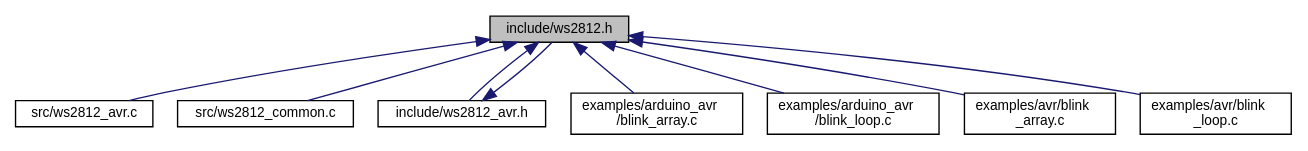
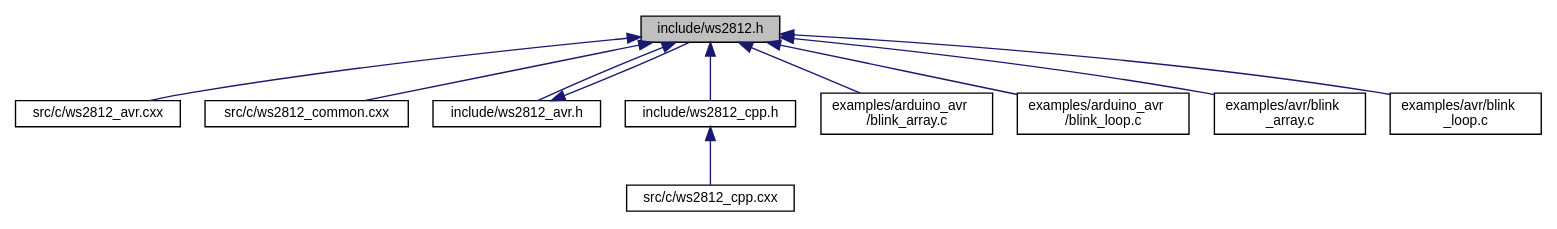
One commit to CTXz/TinyWS2812 changed the diagram in docs/ws2812_8h__dep__incl.dot. Above: the diagram before and after it, drawn with Graphviz. The commit also changed 79 other files, not shown here.

```diff
--- a/docs/ws2812_8h__dep__incl.dot
+++ b/docs/ws2812_8h__dep__incl.dot
@@ -1,22 +1,26 @@
 digraph "include/ws2812.h"
 {
  // LATEX_PDF_SIZE
   edge [fontname="Helvetica",fontsize="10",labelfontname="Helvetica",labelfontsize="10"];
   node [fontname="Helvetica",fontsize="10",shape=record];
   Node1 [label="include/ws2812.h",height=0.2,width=0.4,color="black", fillcolor="grey75", style="filled", fontcolor="black",tooltip="Exposes the Tiny-WS2812 library interface."];
   Node1 -> Node2 [dir="back",color="midnightblue",fontsize="10",style="solid",fontname="Helvetica"];
-  Node2 [label="src/ws2812_avr.c",height=0.2,width=0.4,color="black", fillcolor="white", style="filled",URL="$ws2812__avr_8c.html",tooltip="Driver code for AVR chips."];
+  Node2 [label="src/c/ws2812_avr.cxx",height=0.2,width=0.4,color="black", fillcolor="white", style="filled",URL="$ws2812__avr_8cxx_source.html",tooltip=" "];
   Node1 -> Node3 [dir="back",color="midnightblue",fontsize="10",style="solid",fontname="Helvetica"];
-  Node3 [label="src/ws2812_common.c",height=0.2,width=0.4,color="black", fillcolor="white", style="filled",URL="$ws2812__common_8c.html",tooltip="Common code shared accross all supported platforms."];
+  Node3 [label="src/c/ws2812_common.cxx",height=0.2,width=0.4,color="black", fillcolor="white", style="filled",URL="$ws2812__common_8cxx_source.html",tooltip=" "];
   Node1 -> Node4 [dir="back",color="midnightblue",fontsize="10",style="solid",fontname="Helvetica"];
   Node4 [label="include/ws2812_avr.h",height=0.2,width=0.4,color="black", fillcolor="white", style="filled",URL="$ws2812__avr_8h.html",tooltip="Provides AVR platform specific definitions."];
   Node4 -> Node1 [dir="back",color="midnightblue",fontsize="10",style="solid",fontname="Helvetica"];
   Node1 -> Node5 [dir="back",color="midnightblue",fontsize="10",style="solid",fontname="Helvetica"];
-  Node5 [label="examples/arduino_avr\l/blink_array.c",height=0.2,width=0.4,color="black", fillcolor="white", style="filled",URL="$arduino__avr_2blink__array_8c.html",tooltip="Blinks one or more WS2812 devices using a RGB array."];
-  Node1 -> Node6 [dir="back",color="midnightblue",fontsize="10",style="solid",fontname="Helvetica"];
-  Node6 [label="examples/arduino_avr\l/blink_loop.c",height=0.2,width=0.4,color="black", fillcolor="white", style="filled",URL="$arduino__avr_2blink__loop_8c.html",tooltip="Blinks one or more WS2812 devices using a more memory efficient method than the blink_array...."];
+  Node5 [label="include/ws2812_cpp.h",height=0.2,width=0.4,color="black", fillcolor="white", style="filled",URL="$ws2812__cpp_8h.html",tooltip="C++ Wrapper for the Tiny-WS2812 interface."];
+  Node5 -> Node6 [dir="back",color="midnightblue",fontsize="10",style="solid",fontname="Helvetica"];
+  Node6 [label="src/c/ws2812_cpp.cxx",height=0.2,width=0.4,color="black", fillcolor="white", style="filled",URL="$ws2812__cpp_8cxx_source.html",tooltip=" "];
   Node1 -> Node7 [dir="back",color="midnightblue",fontsize="10",style="solid",fontname="Helvetica"];
-  Node7 [label="examples/avr/blink\l_array.c",height=0.2,width=0.4,color="black", fillcolor="white", style="filled",URL="$avr_2blink__array_8c.html",tooltip="Blinks one or more WS2812 devices using a RGB array."];
+  Node7 [label="examples/arduino_avr\l/blink_array.c",height=0.2,width=0.4,color="black", fillcolor="white", style="filled",URL="$arduino__avr_2blink__array_8c.html",tooltip="Blinks one or more WS2812 devices using a RGB array."];
   Node1 -> Node8 [dir="back",color="midnightblue",fontsize="10",style="solid",fontname="Helvetica"];
-  Node8 [label="examples/avr/blink\l_loop.c",height=0.2,width=0.4,color="black", fillcolor="white", style="filled",URL="$avr_2blink__loop_8c.html",tooltip="Blinks one or more WS2812 devices using a more memory efficient method than the blink_array...."];
+  Node8 [label="examples/arduino_avr\l/blink_loop.c",height=0.2,width=0.4,color="black", fillcolor="white", style="filled",URL="$arduino__avr_2blink__loop_8c.html",tooltip="Blinks one or more WS2812 devices using a more memory efficient method than the blink_array...."];
+  Node1 -> Node9 [dir="back",color="midnightblue",fontsize="10",style="solid",fontname="Helvetica"];
+  Node9 [label="examples/avr/blink\l_array.c",height=0.2,width=0.4,color="black", fillcolor="white", style="filled",URL="$avr_2blink__array_8c.html",tooltip="Blinks one or more WS2812 devices using a RGB array."];
+  Node1 -> Node10 [dir="back",color="midnightblue",fontsize="10",style="solid",fontname="Helvetica"];
+  Node10 [label="examples/avr/blink\l_loop.c",height=0.2,width=0.4,color="black", fillcolor="white", style="filled",URL="$avr_2blink__loop_8c.html",tooltip="Blinks one or more WS2812 devices using a more memory efficient method than the blink_array...."];
 }
```
